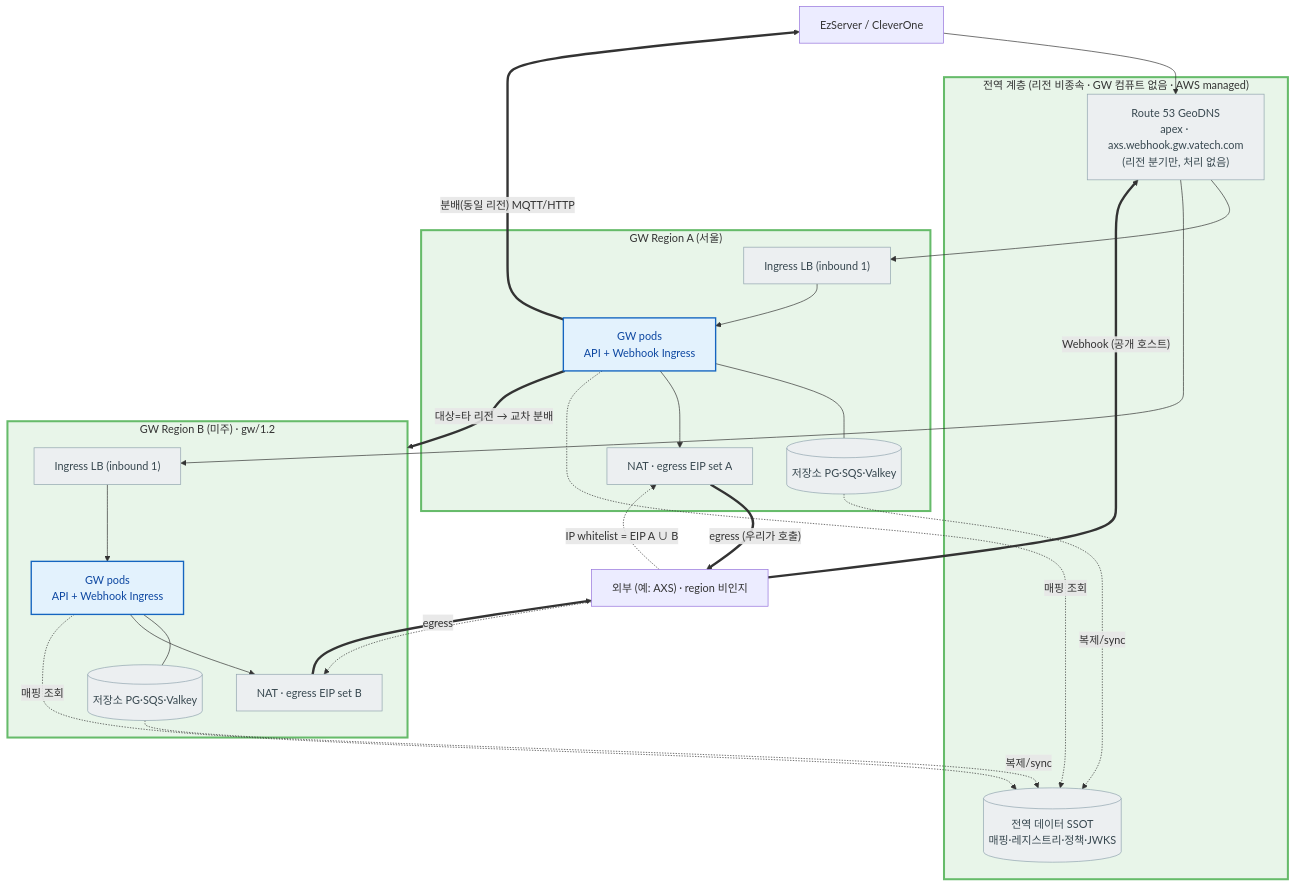
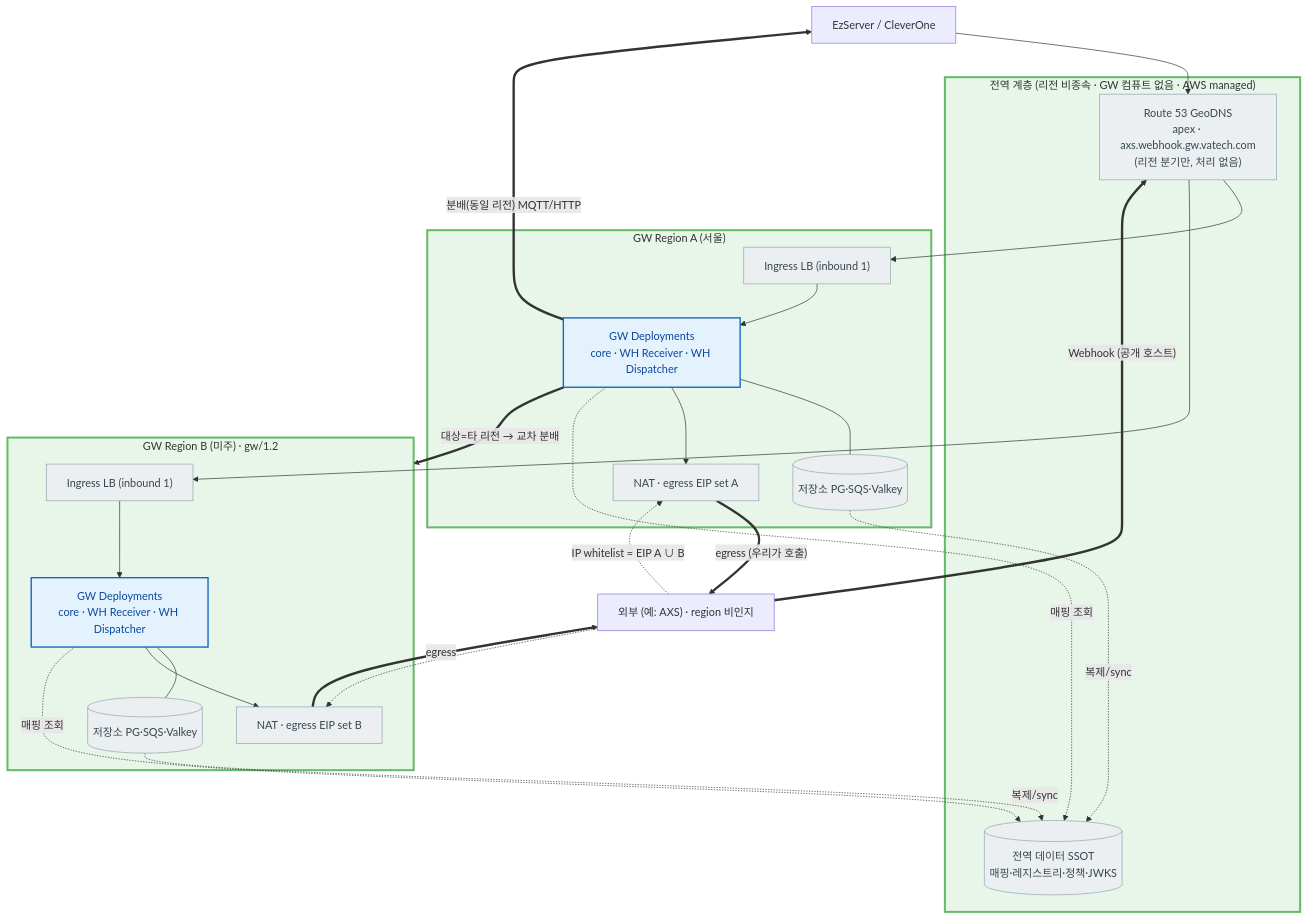
Before and after one commit to gracegyu/scp-architecture: the third of 16 diagrams in docs/VT_API_Gateway/08.VT_API_Gateway/specs/03-srs-gateway/SRS.md, drawn with Mermaid. The commit also changed other lines of this file and 8 other files, not shown here.

````diff
--- a/docs/VT_API_Gateway/08.VT_API_Gateway/specs/03-srs-gateway/SRS.md
+++ b/docs/VT_API_Gateway/08.VT_API_Gateway/specs/03-srs-gateway/SRS.md
@@ -225,57 +225,57 @@
 ```mermaid
 flowchart TB
     EZ["EzServer / CleverOne"]
     EXT["외부 (예: AXS) · region 비인지"]
 
     subgraph RA["GW Region A (서울)"]
         LBA["Ingress LB (inbound 1)"]
-        GA["GW pods<br/>API + Webhook Ingress"]
+        GA["GW Deployments<br/>core · WH Receiver · WH Dispatcher"]
         STA[("저장소 PG·SQS·Valkey")]
         NATA["NAT · egress EIP set A"]
         LBA --> GA
         GA --- STA
         GA --> NATA
     end
 
     subgraph GTIER["전역 계층 (리전 비종속 · GW 컴퓨트 없음 · AWS managed)"]
         DNS["Route 53 GeoDNS<br/>apex · axs.webhook.gw.vatech.com<br/>(리전 분기만, 처리 없음)"]
         GLOBAL[("전역 데이터 SSOT<br/>매핑·레지스트리·정책·JWKS")]
     end
 
     subgraph RB["GW Region B (미주) · gw/1.2"]
         LBB["Ingress LB (inbound 1)"]
-        GB["GW pods<br/>API + Webhook Ingress"]
+        GB["GW Deployments<br/>core · WH Receiver · WH Dispatcher"]
         STB[("저장소 PG·SQS·Valkey")]
         NATB["NAT · egress EIP set B"]
         LBB --> GB
         GB --- STB
         GB --> NATB
     end
 
     EZ --> DNS
     EXT ==>|"Webhook (공개 호스트)"| DNS
     DNS --> LBA
     DNS --> LBB
 
     STA -.->|"복제/sync"| GLOBAL
     STB -.->|"복제/sync"| GLOBAL
     GA -.->|"매핑 조회"| GLOBAL
     GB -.->|"매핑 조회"| GLOBAL
 
     NATA ==>|"egress (우리가 호출)"| EXT
     NATB ==>|"egress"| EXT
     EXT -.->|"IP whitelist = EIP A ∪ B"| NATA
     EXT -.-> NATB
 
     GA ==>|"분배(동일 리전) MQTT/HTTP"| EZ
     GA ==>|"대상=타 리전 → 교차 분배"| RB
 
     %% GW(본 SRS) 범위=전역 계층+각 리전(연두). GW 소프트웨어(pods)=연파랑, managed AWS(DNS·DB·LB·NAT)=회색
     style GTIER fill:#e8f5e9,stroke:#66bb6a,stroke-width:3px
     style RA fill:#e8f5e9,stroke:#66bb6a,stroke-width:3px
     style RB fill:#e8f5e9,stroke:#66bb6a,stroke-width:3px
     classDef srsTarget fill:#e3f2fd,stroke:#1565c0,stroke-width:2px,color:#0d47a1
     classDef mgd fill:#eceff1,stroke:#90a4ae,color:#37474f
     class GA,GB srsTarget
     class DNS,GLOBAL,STA,STB,NATA,NATB,LBA,LBB mgd
 ```
````
